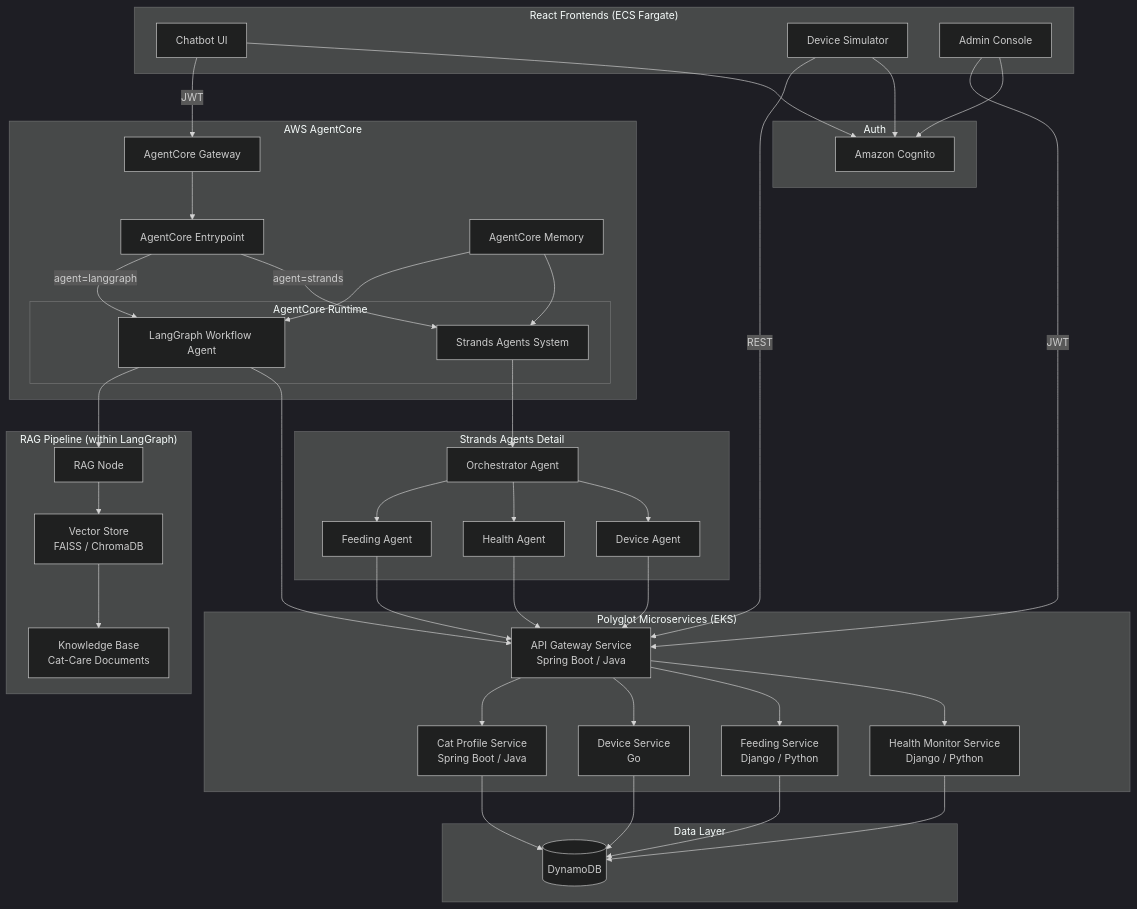
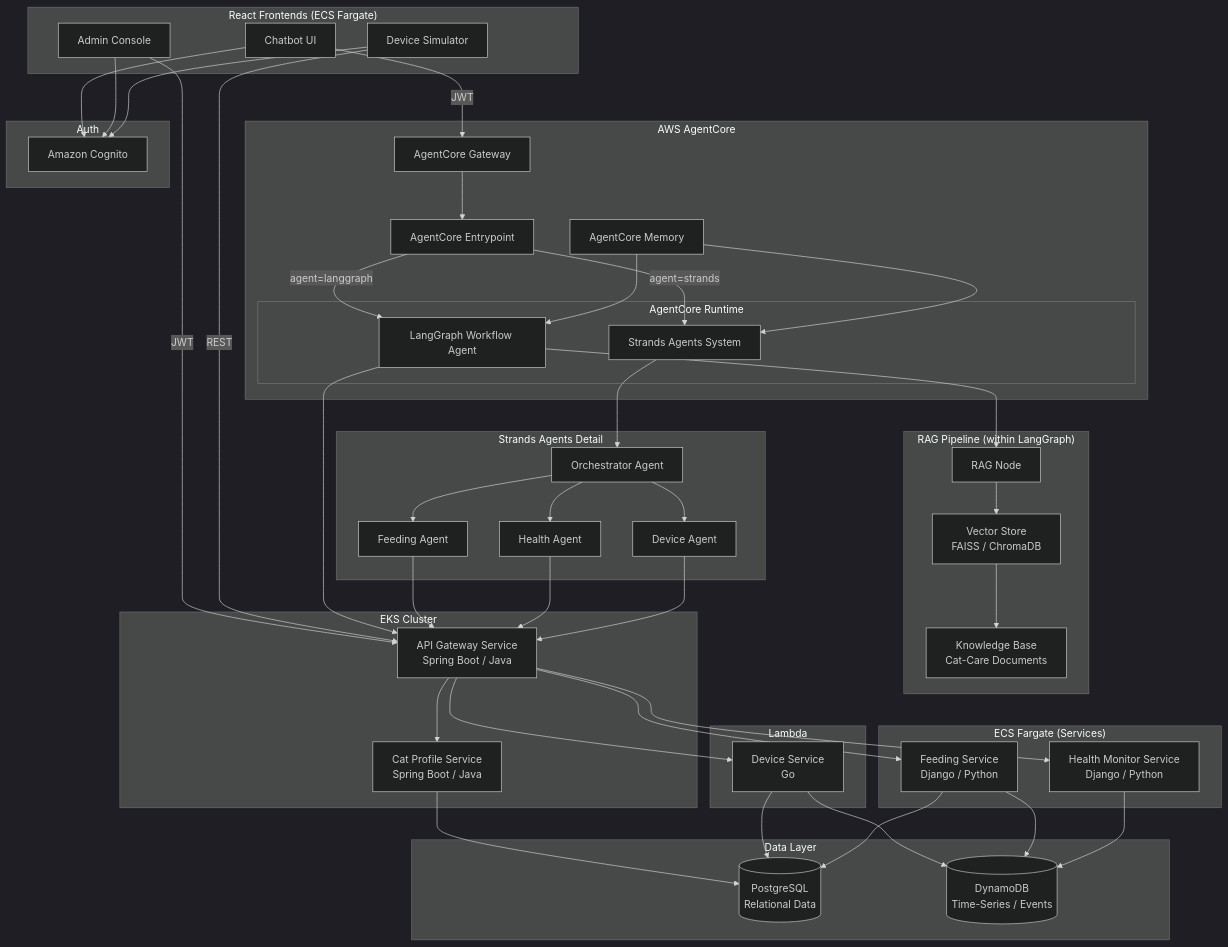
The first of 3 diagrams in .kiro/specs/smart-home-cat-demo/design.md (my-solution-hub/devops-agent-demo-applications), drawn with Mermaid (dark theme) before and after one commit. The commit also changed other lines of this file and 52 other files, not shown here.

First line of the commit message:
feat: implement project scaffolding, Cat Profile Service, and Device Service

```diff
--- a/.kiro/specs/smart-home-cat-demo/design.md
+++ b/.kiro/specs/smart-home-cat-demo/design.md
@@ -50,16 +51,23 @@
         DA[Device Agent]
     end
 
-    subgraph "Polyglot Microservices (EKS)"
+    subgraph "EKS Cluster"
         APIGW[API Gateway Service<br/>Spring Boot / Java]
         CPS[Cat Profile Service<br/>Spring Boot / Java]
-        DS[Device Service<br/>Go]
+    end
+
+    subgraph "ECS Fargate (Services)"
         FS[Feeding Service<br/>Django / Python]
         HMS[Health Monitor Service<br/>Django / Python]
     end
 
+    subgraph "Lambda"
+        DS[Device Service<br/>Go]
+    end
+
     subgraph "Data Layer"
-        DDB[(DynamoDB)]
+        PG[(PostgreSQL<br/>Relational Data)]
+        DDB[(DynamoDB<br/>Time-Series / Events)]
     end
 
     subgraph "Auth"
@@ -91,8 +99,10 @@
     APIGW --> FS
     APIGW --> HMS
 
-    CPS --> DDB
+    CPS --> PG
+    DS --> PG
     DS --> DDB
+    FS --> PG
     FS --> DDB
     HMS --> DDB
 
```
